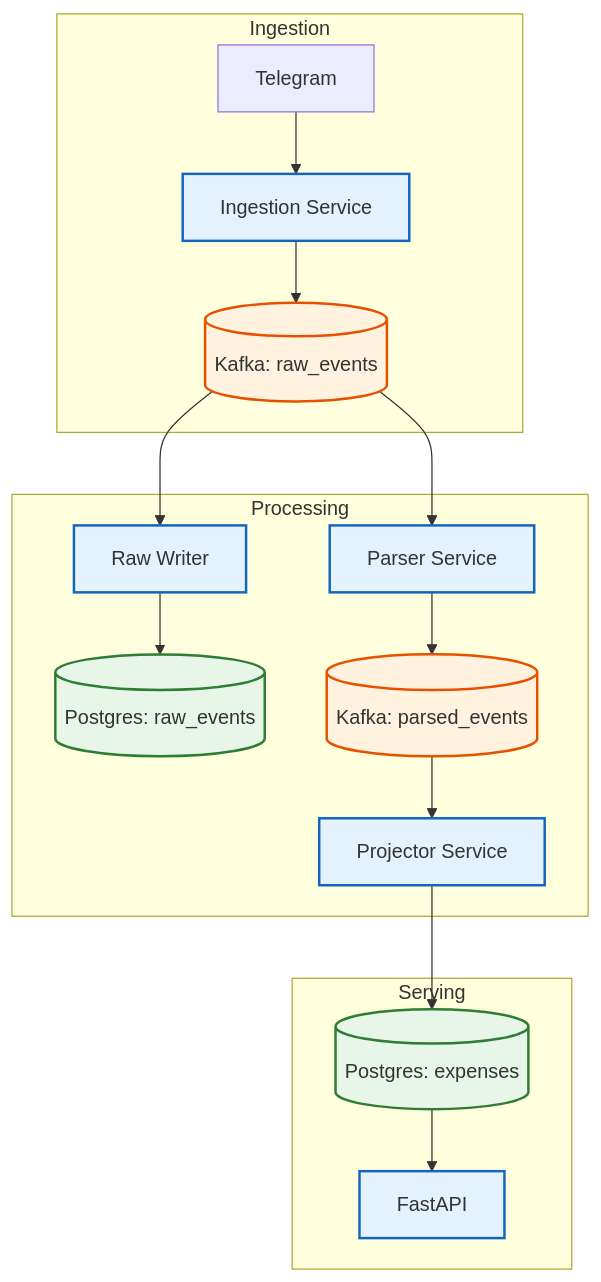
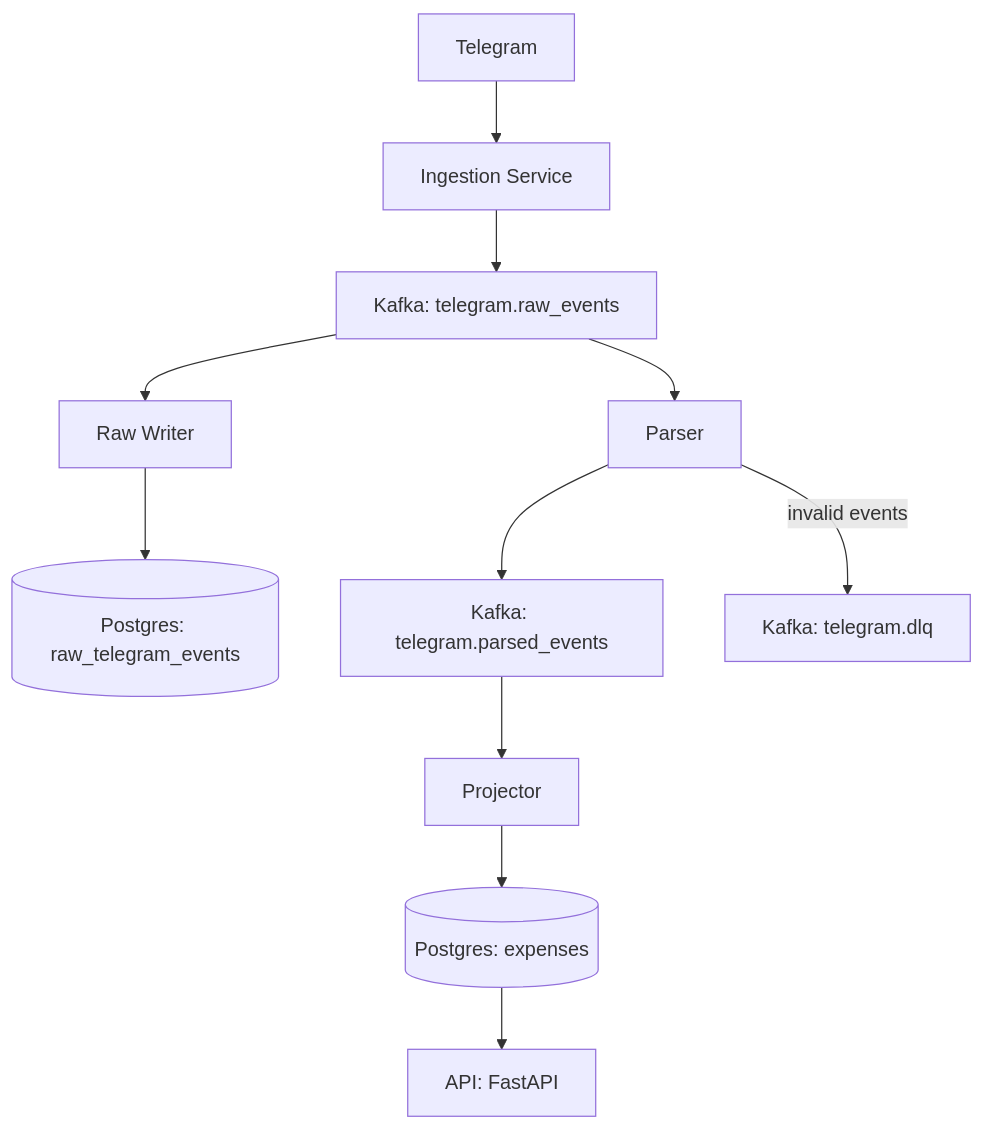
One commit to atmades/Telegram-Event-Driven-Data-Platform changed the diagram in README.md. Above: the diagram before and after it, drawn with Mermaid. The commit also changed 2 other files, not shown here.

````diff
--- a/README.md
+++ b/README.md
@@ -12,30 +12,18 @@
 ```mermaid
-graph TD
-    subgraph Ingestion
-        TG[Telegram] --> ING[Ingestion Service]
-        ING --> KAFKA_RAW[(Kafka: raw_events)]
-    end
+flowchart TD
 
-    subgraph Processing
-        KAFKA_RAW --> RW[Raw Writer]
-        KAFKA_RAW --> PARSER[Parser Service]
-        
-        RW --> DB_RAW[(Postgres: raw_events)]
-        
-        PARSER --> KAFKA_P[(Kafka: parsed_events)]
-        KAFKA_P --> PROJ[Projector Service]
-    end
+A[Telegram] --> B[Ingestion Service]
+B --> C[Kafka: telegram.raw_events]
 
-    subgraph Serving
-        PROJ --> DB_EXP[(Postgres: expenses)]
-        DB_EXP --> API[FastAPI]
-    end
+C --> D[Raw Writer]
+D --> E[(Postgres: raw_telegram_events)]
 
-    classDef svc fill:#e3f2fd,stroke:#1565c0,stroke-width:2px;
-    classDef db fill:#e8f5e9,stroke:#2e7d32,stroke-width:2px;
-    classDef mq fill:#fff3e0,stroke:#e65100,stroke-width:2px;
-    
-    class ING,RW,PARSER,PROJ,API svc;
-    class DB_RAW,DB_EXP db;
-    class KAFKA_RAW,KAFKA_P mq;
+C --> F[Parser]
+F --> G[Kafka: telegram.parsed_events]
+F -->|invalid events| L[Kafka: telegram.dlq]
+
+G --> H[Projector]
+H --> I[(Postgres: expenses)]
+
+I --> J[API: FastAPI]
 ```
````
